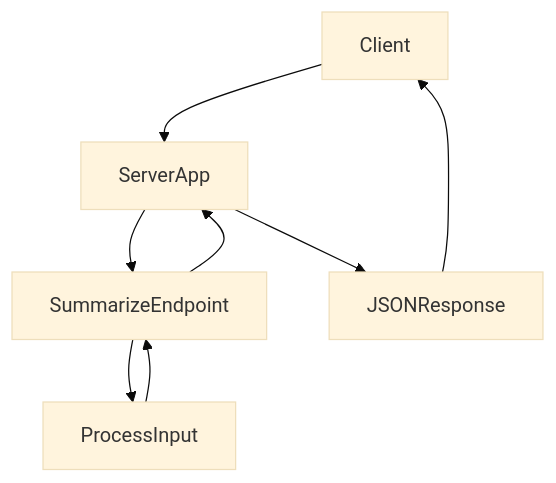
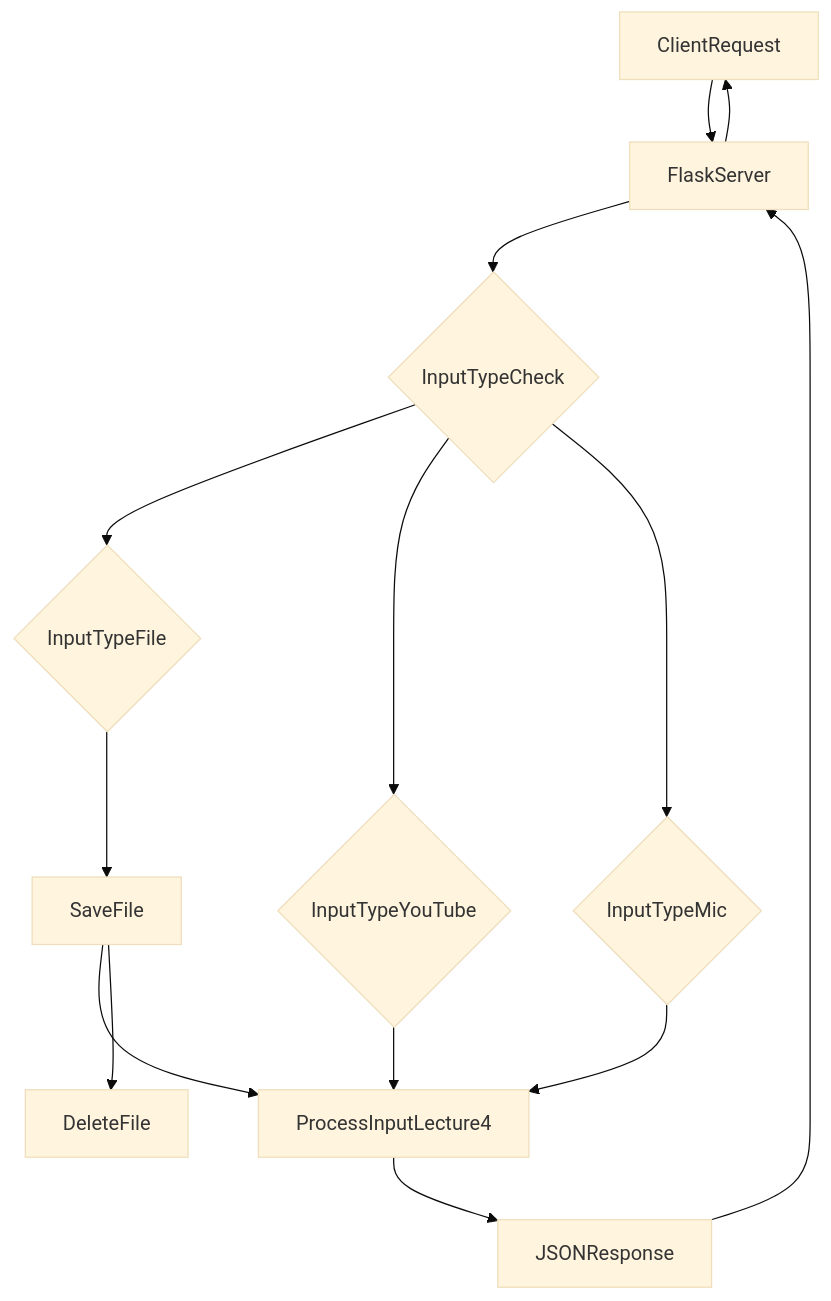
The diagram in docs/server.py.md (test-company-prowiz/Note-Summerizer), drawn with Mermaid (base theme) before and after one commit. The commit also changed other lines of this file and 2 other files, not shown here.

````diff
--- a/docs/server.py.md
+++ b/docs/server.py.md
@@ -50,10 +45,16 @@
 ```mermaid
 graph TD
-A[Client] --> B[ServerApp]
-B --> C[SummarizeEndpoint]
-C --> D[ProcessInput]
-D --> C
-C --> B
-B --> E[JSONResponse]
-E --> A
+A[ClientRequest] --> B[FlaskServer]
+B --> C{InputTypeCheck}
+C --> D1{InputTypeFile}
+D1 --> E1[SaveFile]
+E1 --> F[ProcessInputLecture4]
+E1 --> G[DeleteFile]
+C --> D2{InputTypeYouTube}
+D2 --> F
+C --> D3{InputTypeMic}
+D3 --> F
+F --> H[JSONResponse]
+H --> B
+B --> A
 ```
````
